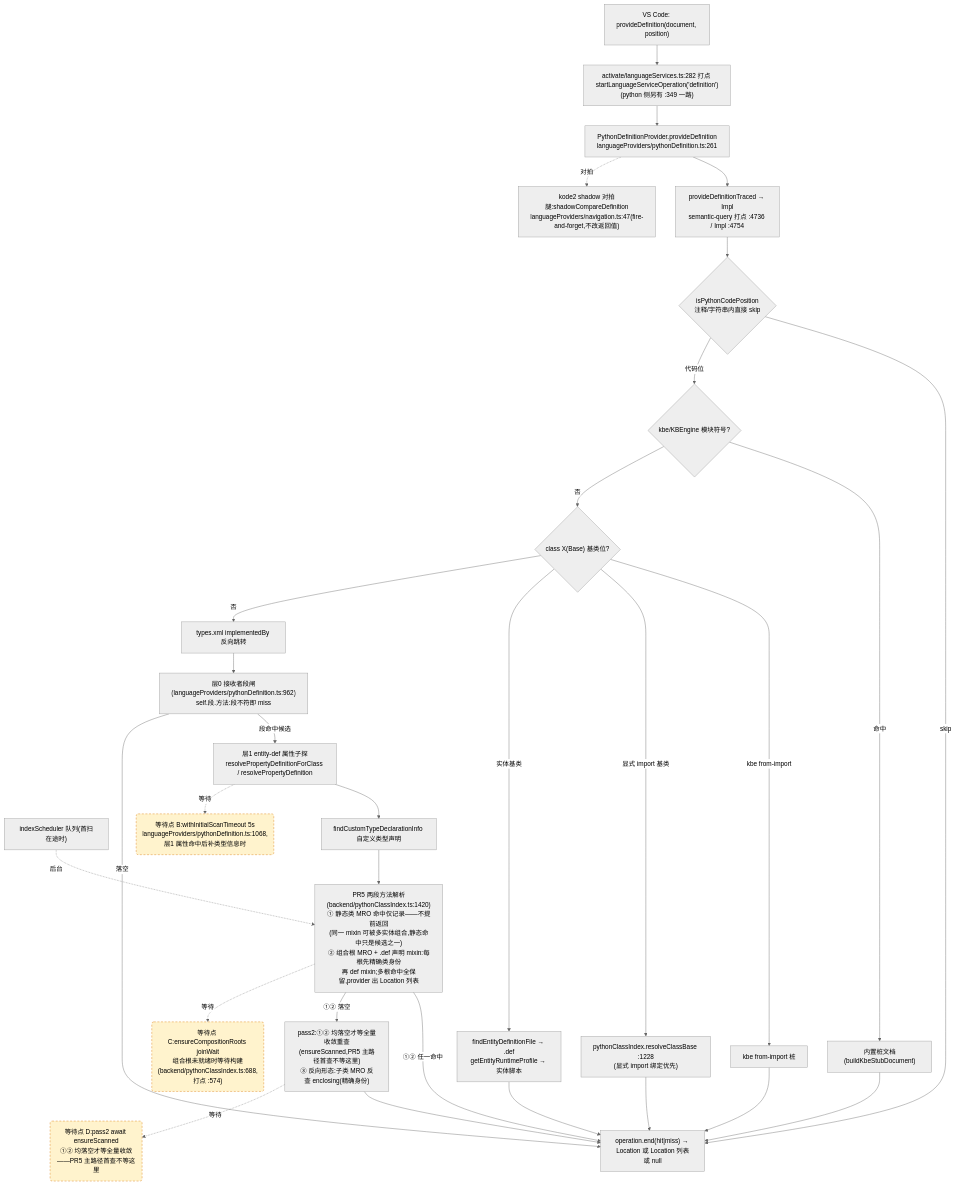
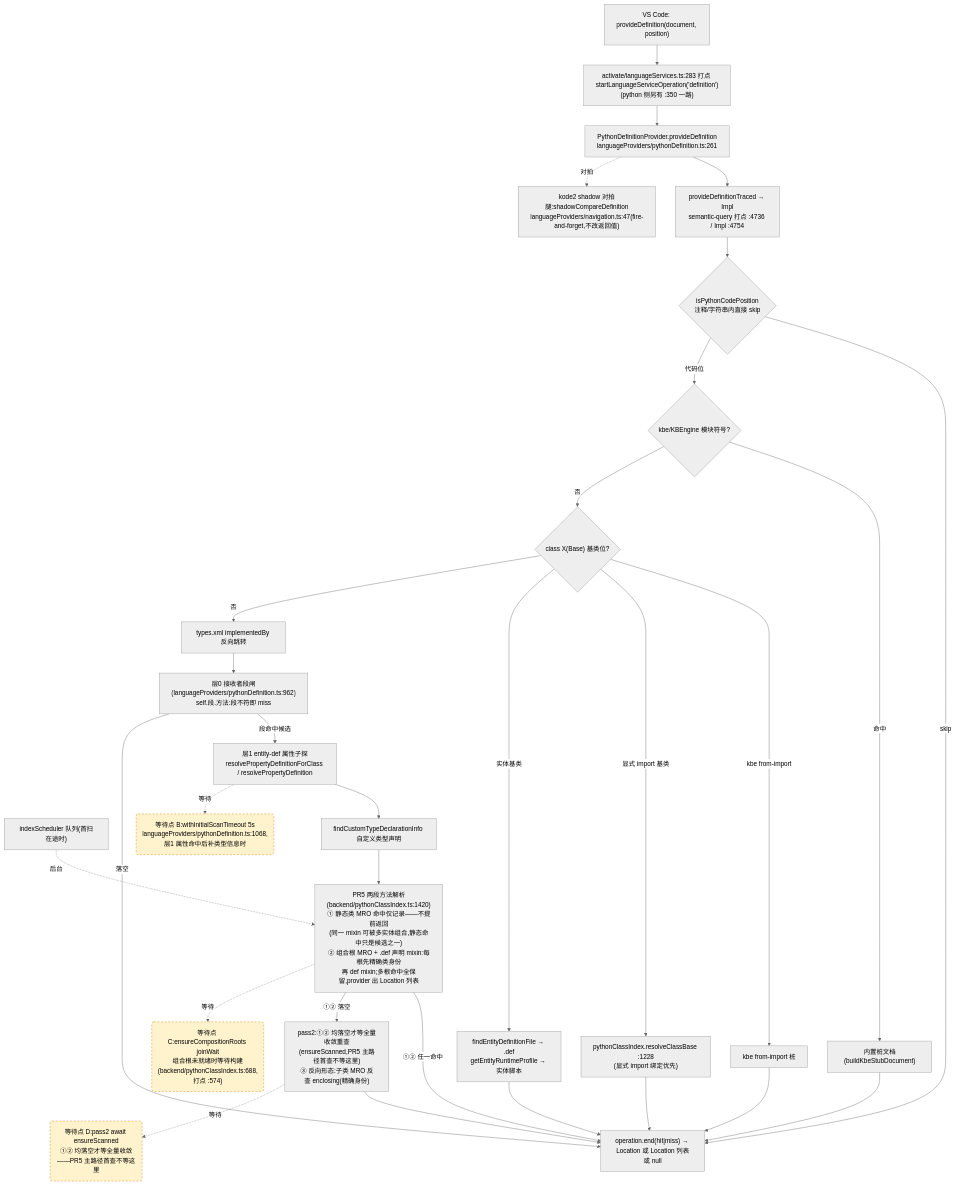
Before and after one commit to cuihairu/kode: the second of 4 diagrams in docs/perf/2026-baseline.md, drawn with Mermaid (neutral theme). The commit also changed other lines of this file and 16 other files, not shown here.

````diff
--- a/docs/perf/2026-baseline.md
+++ b/docs/perf/2026-baseline.md
@@ -145,51 +146,51 @@
 ```mermaid
 flowchart TD
   VC2["VS Code: provideDefinition(document, position)"]
-  M2["activate/languageServices.ts:282 打点 startLanguageServiceOperation('definition')<br/>(python 侧另有 :349 一路)"]
+  M2["activate/languageServices.ts:283 打点 startLanguageServiceOperation('definition')<br/>(python 侧另有 :350 一路)"]
   AD2["PythonDefinitionProvider.provideDefinition<br/>languageProviders/pythonDefinition.ts:261"]
   TR["provideDefinitionTraced → Impl<br/>semantic-query 打点 :4736 / Impl :4754"]
   CTX{"isPythonCodePosition<br/>注释/字符串内直接 skip"}
   KBE{"kbe/KBEngine 模块符号?"}
   STUB["内置桩文档(buildKbeStubDocument)"]
   CB{"class X(Base) 基类位?"}
   CB1["kbe from-import 桩"]
   CB2["pythonClassIndex.resolveClassBase :1228<br/>(显式 import 绑定优先)"]
   CB3["findEntityDefinitionFile → .def<br/>getEntityRuntimeProfile → 实体脚本"]
   REV["types.xml implementedBy 反向跳转"]
   L0["层0 接收者段闸(languageProviders/pythonDefinition.ts:962)<br/>self.段.方法:段不符即 miss"]
   L1["层1 entity-def 属性子探<br/>resolvePropertyDefinitionForClass / resolvePropertyDefinition"]
   SCAN["indexScheduler 队列(首扫在途时)"]
   TY["findCustomTypeDeclarationInfo 自定义类型声明"]
   MRO["PR5 两段方法解析(backend/pythonClassIndex.ts:1420)<br/>① 静态类 MRO 命中仅记录——不提前返回<br/>(同一 mixin 可被多实体组合,静态命中只是候选之一)<br/>② 组合根 MRO + .def 声明 mixin:每根先精确类身份<br/>再 def mixin;多根命中全保留,provider 出 Location 列表"]
   PASS2["pass2:①② 均落空才等全量收敛重查<br/>(ensureScanned,PR5 主路径首查不等这里)<br/>③ 反向形态:子类 MRO 反查 enclosing(精确身份)"]
   SHD["kode2 shadow 对拍腿:shadowCompareDefinition<br/>languageProviders/navigation.ts:47(fire-and-forget,不改返回值)"]
   END2["operation.end(hit|miss) → Location 或 Location 列表或 null"]
 
   VC2 --> M2 --> AD2 --> TR --> CTX
   CTX -- "skip" --> END2
   CTX -- "代码位" --> KBE
   KBE -- "命中" --> STUB --> END2
   KBE -- "否" --> CB
   CB -- "kbe from-import" --> CB1 --> END2
   CB -- "显式 import 基类" --> CB2 --> END2
   CB -- "实体基类" --> CB3 --> END2
   CB -- "否" --> REV --> L0
   L0 -- "段命中候选" --> L1
   L0 -- "落空" --> END2
   L1 --> TY
   TY --> MRO
   MRO -- "①② 任一命中" --> END2
   MRO -- "①② 落空" --> PASS2 --> END2
   AD2 -.->|对拍| SHD
 
   WAITB("等待点 B:withInitialScanTimeout 5s<br/>languageProviders/pythonDefinition.ts:1068,层1 属性命中后补类型信息时")
   WAITC("等待点 C:ensureCompositionRoots joinWait<br/>组合根未就绪时等待构建(backend/pythonClassIndex.ts:688,打点 :574)")
   WAITD("等待点 D:pass2 await ensureScanned<br/>①② 均落空才等全量收敛——PR5 主路径首查不等这里")
   L1 -.->|等待| WAITB
   MRO -.->|等待| WAITC
   PASS2 -.->|等待| WAITD
   SCAN -.->|后台| MRO
 
   classDef waitPoint fill:#fff3cd,stroke:#d97706,stroke-dasharray:5 4;
   class WAITB,WAITC,WAITD waitPoint;
 ```
````
